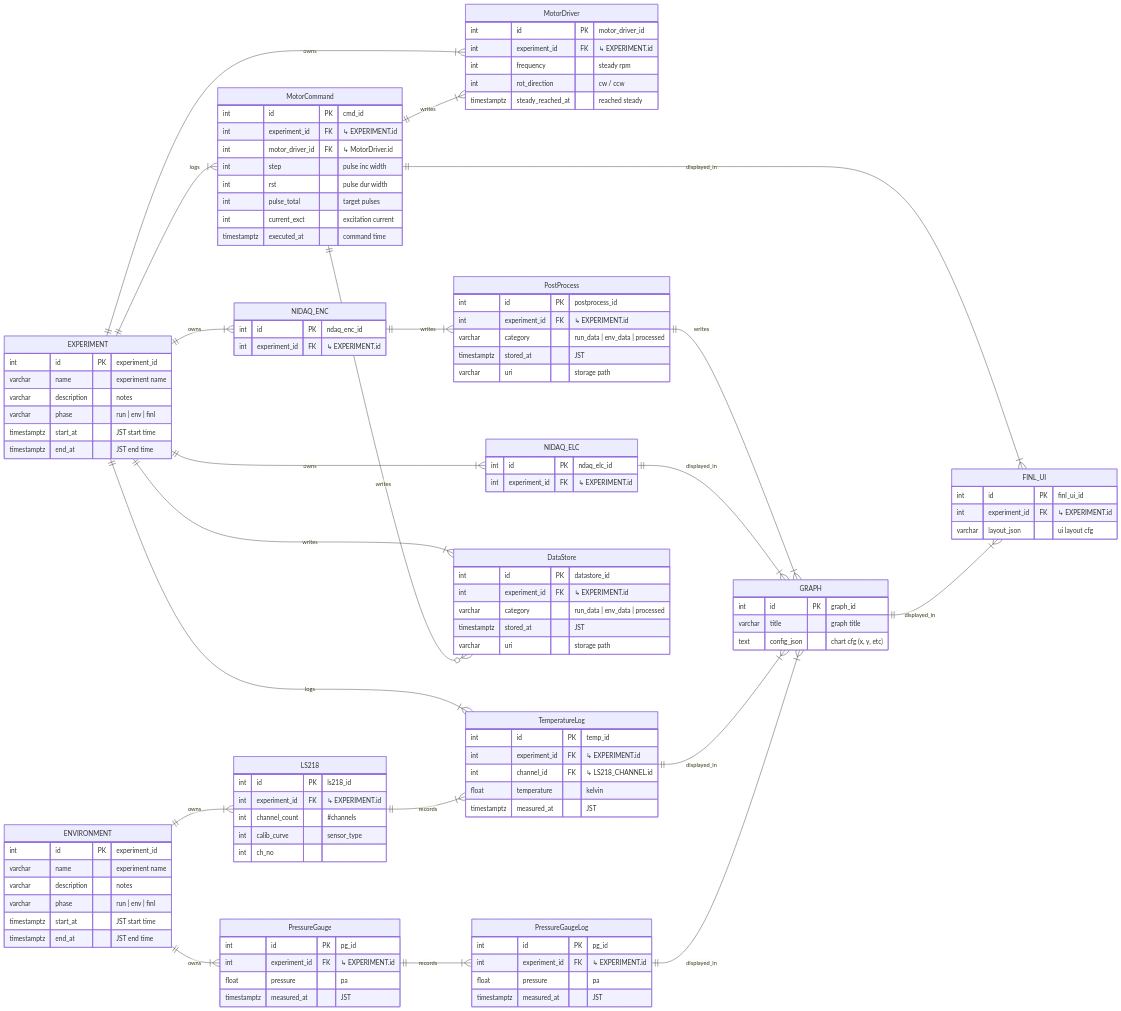
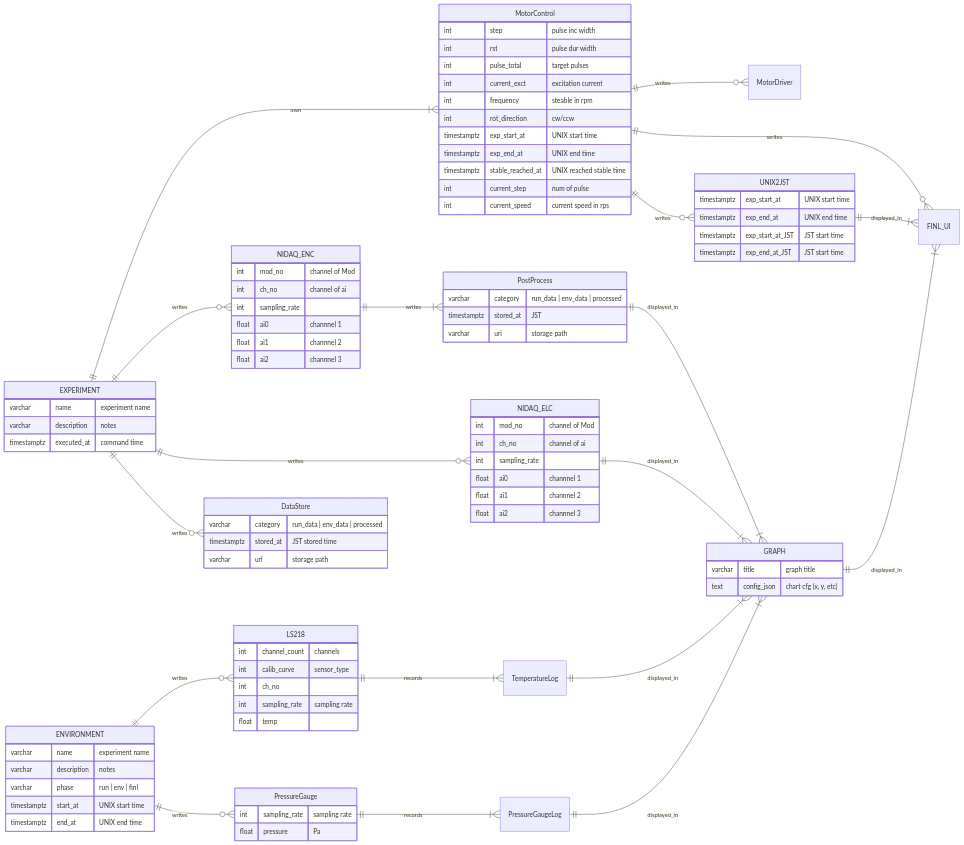
Before and after one commit to Ryoaki374/ipmu_DAQ: the diagram in item_list.md, drawn with Mermaid. The commit also changed other lines of this file, not shown here.

```diff
--- a/item_list.md
+++ b/item_list.md
@@ -102,127 +100,118 @@
 
   %% ================== CORE ENTITIES ==================
   EXPERIMENT {
-    int         id                   PK "experiment_id"
+    varchar     name                 "experiment name"
+    varchar     description          "notes"
+    timestamptz executed_at          "command time"
+  }
+
+ENVIRONMENT {
     varchar     name                 "experiment name"
     varchar     description          "notes"
     varchar     phase                "run | env | finl"
-    timestamptz start_at             "JST start time"
-    timestamptz end_at               "JST end time"
-    %% UNIQUE (name,start_at) handled in DDL
-  }
-
-ENVIRONMENT {
-    int         id                   PK "experiment_id"
-    varchar     name                 "experiment name"
-    varchar     description          "notes"
-    varchar     phase                "run | env | finl"
-    timestamptz start_at             "JST start time"
-    timestamptz end_at               "JST end time"
+    timestamptz start_at             "UNIX start time"
+    timestamptz end_at               "UNIX end time"
   }
 
   %% ================== DEVICES ==================
-  MotorDriver {
-    int         id                   PK "motor_driver_id"
-    int         experiment_id        FK "↳ EXPERIMENT.id"
-    int         frequency            "steady rpm"
-    int         rot_direction        "cw / ccw"
-    timestamptz steady_reached_at    "reached steady"
-  }
-
-  MotorCommand {
-    int         id                   PK "cmd_id"
-    int         experiment_id        FK "↳ EXPERIMENT.id"
-    int         motor_driver_id      FK "↳ MotorDriver.id"
+  MotorControl {
     int         step                 "pulse inc width"
     int         rst                  "pulse dur width"
     int         pulse_total          "target pulses"
     int         current_exct         "excitation current"
-    timestamptz executed_at          "command time"
+    int         frequency            "steable in rpm"
+    int         rot_direction        "cw/ccw"
+    timestamptz exp_start_at         "UNIX start time"
+    timestamptz exp_end_at           "UNIX end time"
+    timestamptz stable_reached_at    "UNIX reached stable time"
+    int current_step    "num of pulse"
+    int current_speed   "current speed in rps"
+  }
+
+  MotorDriver {
   }
 
   NIDAQ_ENC {
-    int         id                   PK "ndaq_enc_id"
-    int         experiment_id        FK "↳ EXPERIMENT.id"
+    int mod_no "channel of Mod"
+    int ch_no "channel of ai"
+    int sampling_rate
+    float ai0 "channnel 1"
+    float ai1 "channnel 2"
+    float ai2 "channnel 3"
   }
 
   NIDAQ_ELC {
-    int         id                   PK "ndaq_elc_id"
-    int         experiment_id        FK "↳ EXPERIMENT.id"
+    int mod_no "channel of Mod"
+    int ch_no "channel of ai"
+    int sampling_rate
+    float ai0 "channnel 1"
+    float ai1 "channnel 2"
+    float ai2 "channnel 3"
   }
 
   LS218 {
-    int         id                   PK "ls218_id"
-    int         experiment_id        FK "↳ EXPERIMENT.id"
-    int         channel_count        "#channels"
+    int         channel_count        "channels"
     int         calib_curve          "sensor_type"
     int         ch_no
+    int         sampling_rate        "sampling rate"
+    float       temp
   }
 
   TemperatureLog {
-    int         id                   PK "temp_id"
-    int         experiment_id        FK "↳ EXPERIMENT.id"
-    int         channel_id           FK "↳ LS218_CHANNEL.id"
-    float       temperature          "kelvin"
-    timestamptz measured_at          "JST"
+
   }
 
   PressureGauge {
-    int         id                   PK "pg_id"
-    int         experiment_id        FK "↳ EXPERIMENT.id"
-    float       pressure             "pa"
-    timestamptz measured_at          "JST"
+    int         sampling_rate        "sampling rate"
+    float       pressure             "Pa"
   }
 
   PressureGaugeLog {
-    int         id                   PK "pg_id"
-    int         experiment_id        FK "↳ EXPERIMENT.id"
-    float       pressure             "pa"
-    timestamptz measured_at          "JST"
   }
 
   %% ================== DATA STORAGE ==================
   DataStore {
-    int         id                   PK "datastore_id"
-    int         experiment_id        FK "↳ EXPERIMENT.id"
+    varchar     category             "run_data | env_data | processed"
+    timestamptz stored_at            "JST stored time"
+    varchar     url                  "storage path"
+  }
+
+  %% ================== Post Process ==================
+  PostProcess {
     varchar     category             "run_data | env_data | processed"
     timestamptz stored_at            "JST"
     varchar     uri                  "storage path"
   }
 
-  %% ================== Post Process ==================
-  PostProcess {
-    int         id                   PK "postprocess_id"
-    int         experiment_id        FK "↳ EXPERIMENT.id"
-    varchar     category             "run_data | env_data | processed"
-    timestamptz stored_at            "JST"
-    varchar     uri                  "storage path"
+  UNIX2JST {
+    timestamptz exp_start_at "UNIX start time"
+    timestamptz exp_end_at "UNIX end time"
+    timestamptz exp_start_at_JST "JST start time"
+    timestamptz exp_end_at_JST "JST start time"
   }
 
   %% ================== GRAPH & UI ==================
   GRAPH {
-    int         id                   PK "graph_id"
     varchar     title                "graph title"
     text        config_json          "chart cfg (x, y, etc)"
   }
 
   FINL_UI {
-    int         id                   PK "finl_ui_id"
-    int         experiment_id        FK "↳ EXPERIMENT.id"
-    varchar     layout_json          "ui layout cfg"
   }
 
   %% ================== RELATIONSHIPS ==================
-  EXPERIMENT ||--|{ MotorDriver       : owns
-  EXPERIMENT ||--|{ NIDAQ_ENC         : owns
-  EXPERIMENT ||--|{ NIDAQ_ELC         : owns
-  ENVIRONMENT ||--|{ LS218             : owns
-  ENVIRONMENT ||--|{ PressureGauge                : owns
-  EXPERIMENT ||--|{ DataStore         : writes
-  EXPERIMENT ||--|{ MotorCommand   : logs
-  EXPERIMENT ||--|{ TemperatureLog    : logs
+  EXPERIMENT ||--o{ NIDAQ_ENC         : writes
+  EXPERIMENT ||--o{ NIDAQ_ELC         : writes
+  ENVIRONMENT ||--o{ LS218             : writes
+  ENVIRONMENT ||--o{ PressureGauge     : writes
+  EXPERIMENT ||--o{ DataStore         : writes
+
+  MotorControl ||--o{ MotorDriver   : writes
+  MotorControl ||--o{ FINL_UI   : writes
+  MotorControl ||--o{ UNIX2JST   : writes
 
   NIDAQ_ENC ||--|{  PostProcess        : writes
-  PostProcess ||--|{  GRAPH        : writes
+  PostProcess ||--|{  GRAPH        : displayed_in
   NIDAQ_ELC ||--|{  GRAPH        : displayed_in
 
   LS218 ||--|{ TemperatureLog         : records
@@ -233,9 +222,9 @@
   TemperatureLog ||--|{ GRAPH  : displayed_in
   PressureGaugeLog ||--|{ GRAPH  : displayed_in
 
-  MotorCommand ||--o{ DataStore         : writes
-  MotorCommand ||--|{ MotorDriver   : writes
-  MotorCommand ||--|{ FINL_UI   : displayed_in
+  EXPERIMENT ||--|{ MotorControl   : own
+  %%EXPERIMENT ||--|{ UNIX2JST   : convert
+  UNIX2JST ||--|{ FINL_UI   : displayed_in
 
   GRAPH ||--|{ FINL_UI          : displayed_in
   %%FINL_UI ||--|{ FINL_UI_GRAPH       : contains
```
